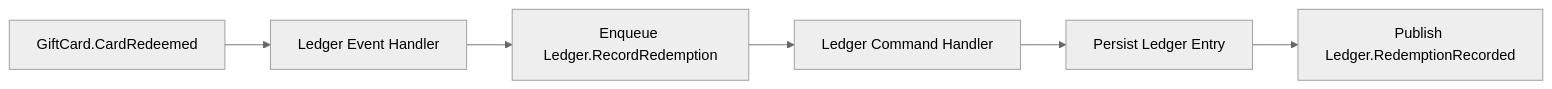
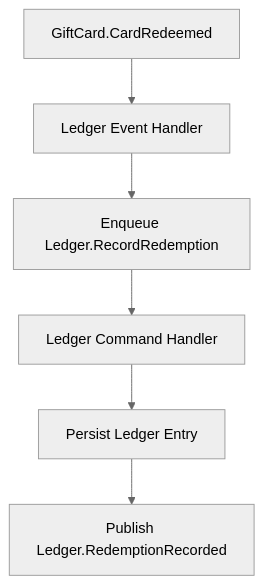
One commit to atomly/domain changed the fourth of 4 diagrams in docs/PDD.md. Above: the diagram before and after it, drawn with Mermaid (neutral theme). The commit also changed other lines of this file, not shown here.

Commit message:
Make mermaid diagrams vertical

````diff
--- a/docs/PDD.md
+++ b/docs/PDD.md
@@ -371,8 +371,8 @@
 ```mermaid
-flowchart LR
+flowchart TD
   Redeemed[GiftCard.CardRedeemed] --> Handler[Ledger Event Handler]
   Handler --> Enqueue[Enqueue Ledger.RecordRedemption]
   Enqueue --> LedgerHandler[Ledger Command Handler]
   LedgerHandler --> Persist[Persist Ledger Entry]
   Persist --> Publish[Publish Ledger.RedemptionRecorded]
 ```
````
